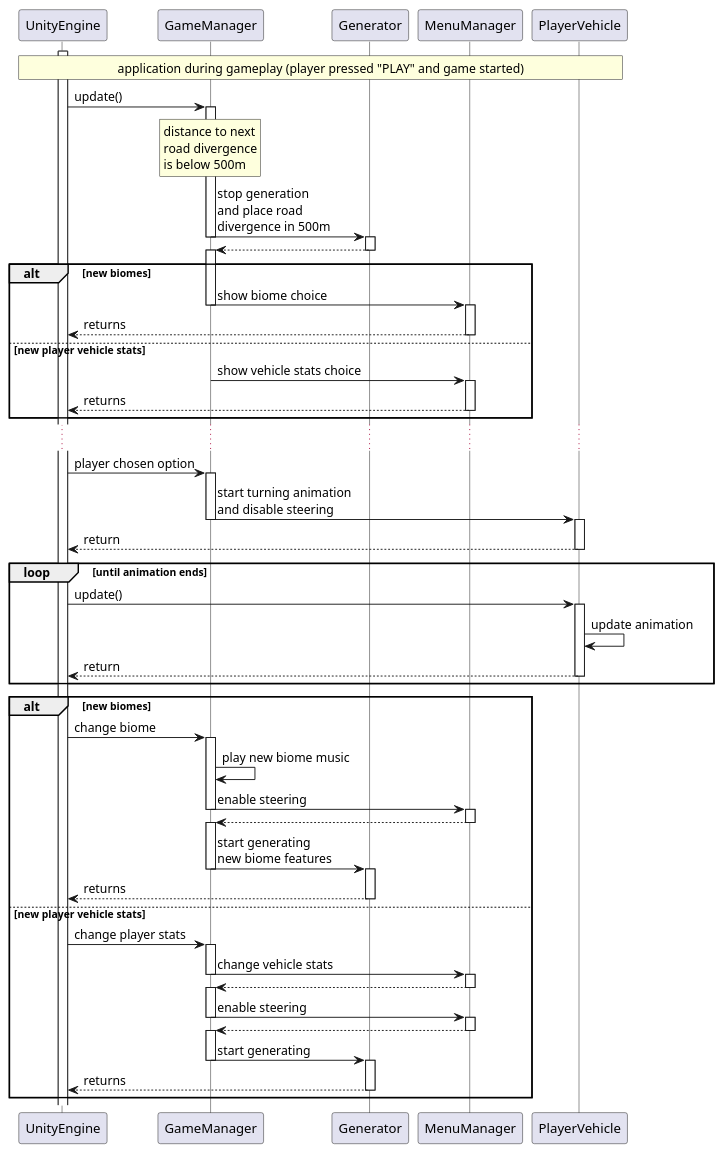
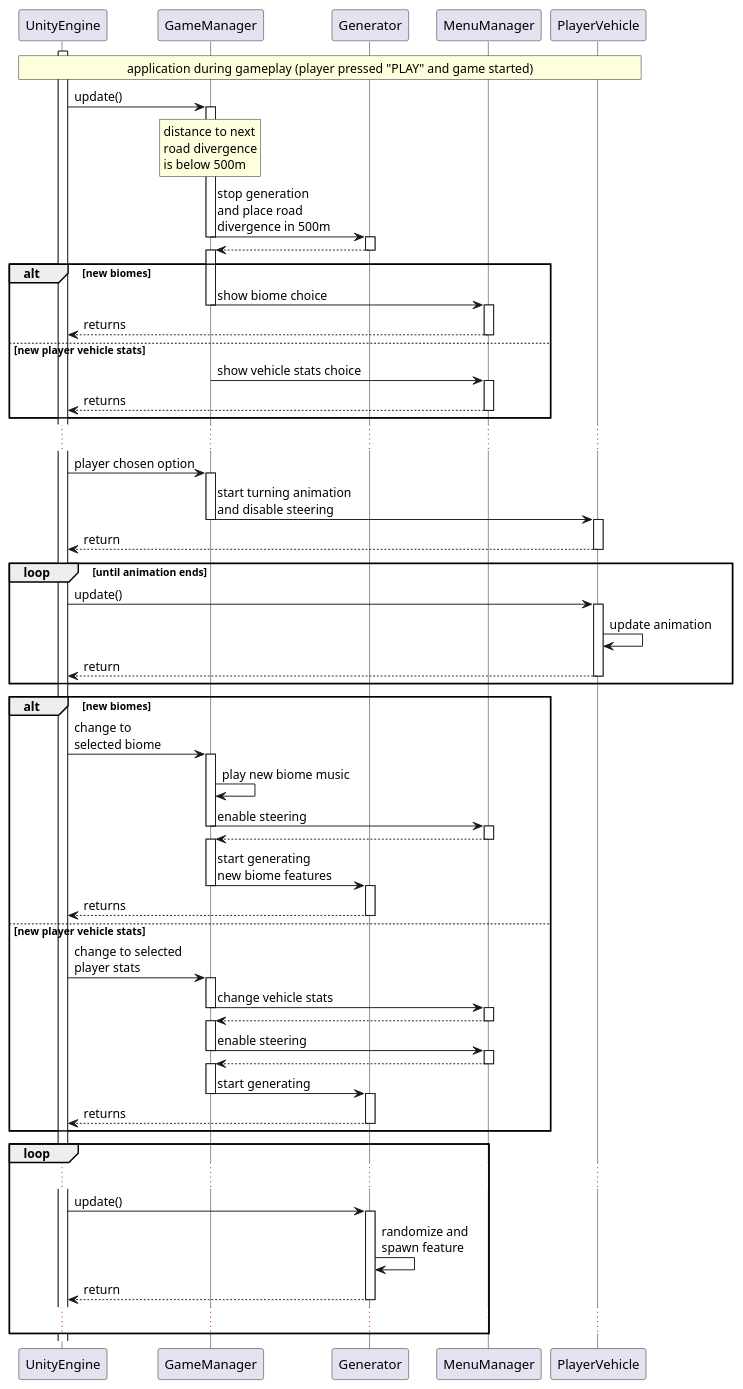
One commit to CKTA00/Robbery_Rush_UML changed the diagram in UML/change_sequence_diagram.puml. Above: the diagram before and after it, drawn with PlantUML. The commit also changed 1 other file, not shown here.

```diff
--- a/UML/change_sequence_diagram.puml
+++ b/UML/change_sequence_diagram.puml
@@ -1,54 +1,62 @@
 @startuml
 'https://plantuml.com/sequence-diagram
 
 skinparam lifelineStrategy solid
 participant UnityEngine
 activate UnityEngine
 rnote across: application during gameplay (player pressed "PLAY" and game started)
 
 UnityEngine -> GameManager ++: update()
 rnote over GameManager: distance to next\nroad divergence\nis below 500m
 GameManager -> Generator --++: stop generation\nand place road\ndivergence in 500m
 GameManager <-- Generator --++:
 
 
 alt new biomes
     GameManager -> MenuManager --++: show biome choice
     UnityEngine <-- MenuManager --: returns
 else new player vehicle stats
     GameManager -> MenuManager --++: show vehicle stats choice
     UnityEngine <-- MenuManager --: returns
 end
 
 ...
 UnityEngine -> GameManager ++: player chosen option
 GameManager -> PlayerVehicle --++: start turning animation\nand disable steering
 UnityEngine <-- PlayerVehicle --: return
 loop until animation ends
     UnityEngine -> PlayerVehicle ++:update()
     PlayerVehicle -> PlayerVehicle: update animation
     UnityEngine <-- PlayerVehicle --:return
 end
 alt new biomes
-UnityEngine -> GameManager ++: change biome
+UnityEngine -> GameManager ++: change to\nselected biome
     GameManager -> GameManager: play new biome music
     GameManager -> MenuManager --++: enable steering
     GameManager <-- MenuManager --++:
     GameManager -> Generator --++: start generating\nnew biome features
     UnityEngine <-- Generator --: returns
 
 else new player vehicle stats
-    UnityEngine -> GameManager ++: change player stats
+    UnityEngine -> GameManager ++: change to selected\nplayer stats
     GameManager -> MenuManager --++: change vehicle stats
     GameManager <-- MenuManager --++:
     GameManager -> MenuManager --++: enable steering
     GameManager <-- MenuManager --++:
     GameManager -> Generator --++: start generating
     UnityEngine <-- Generator --: returns
     'UnityEngine <-- MenuManager --: returns
 end
 
+loop
+...
+    UnityEngine -> Generator ++:update()
+    Generator->Generator: randomize and\nspawn feature
+    UnityEngine <-- Generator --:return
+...
+end
+
 
 
 
 @enduml
```
